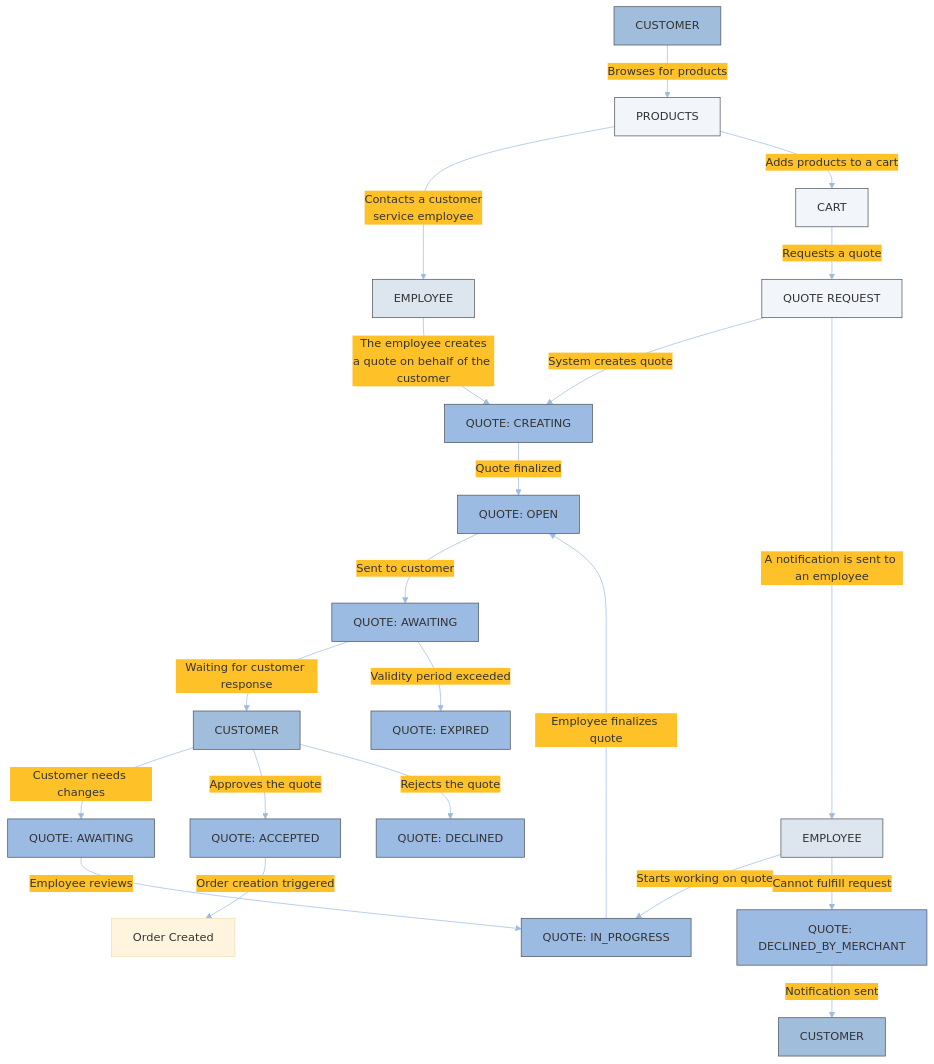
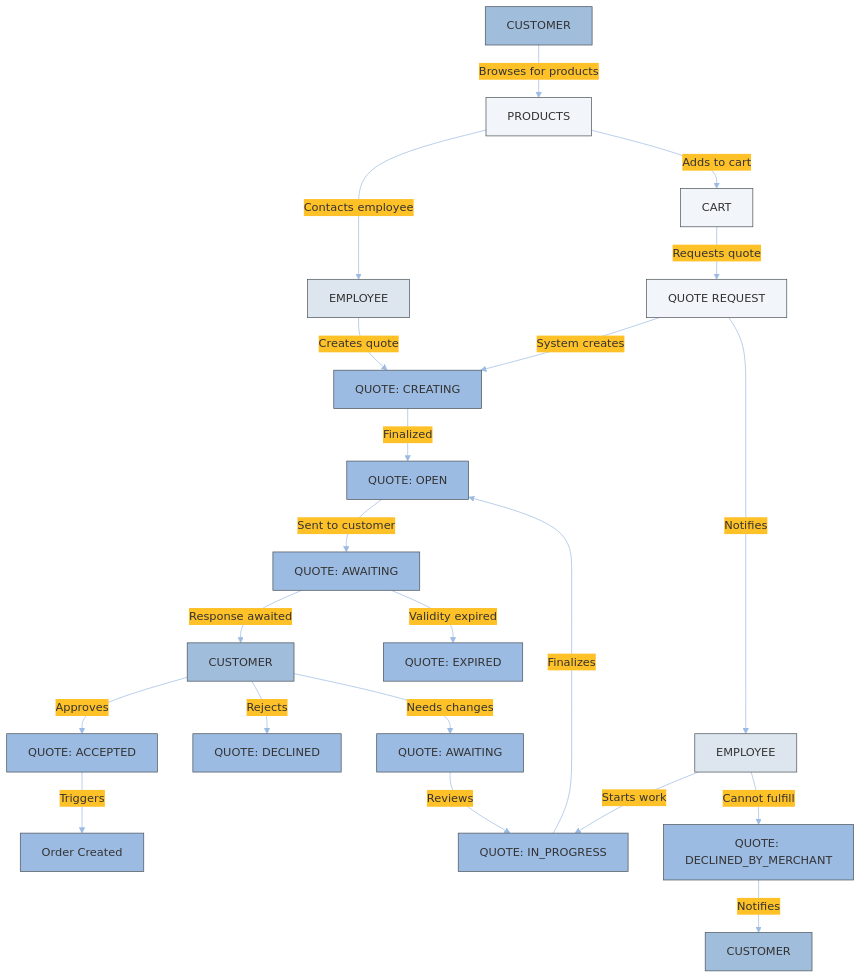
The diagram in quotes/quote/quote.md (emporix/api-references), drawn with Mermaid before and after one commit. The commit also changed other lines of this file, not shown here.

````diff
--- a/quotes/quote/quote.md
+++ b/quotes/quote/quote.md
@@ -151,74 +151,70 @@
 ```mermaid
 ---
 config:
   layout: fixed
   theme: base
   look: classic
   themeVariables:
     background: transparent
     lineColor: "#9CBBE3"
     arrowheadColor: "#9CBBE3"
     edgeLabelBackground: "#FFC128" 
     edgeLabelTextColor: "#4C5359"
     actorBorder: '#4C5359'
 ---
 graph TD
     CUSTOMER1[CUSTOMER] 
     PRODUCTS[PRODUCTS]
-    EMPLOYEE1[EMPLOYEE]
-    CART[CART]
-    QUOTE_REQUEST[QUOTE REQUEST]
-    EMPLOYEE2[EMPLOYEE]
-    CUSTOMER2[CUSTOMER]
-    CUSTOMER3[CUSTOMER]
     
     CUSTOMER1 -->|Browses for products| PRODUCTS
-    PRODUCTS -->|Contacts a customer<br/>service employee| EMPLOYEE1
-    PRODUCTS -->|Adds products to a cart| CART
     
-    EMPLOYEE1 -->|The employee creates<br/>a quote on behalf of the customer| CREATING[QUOTE: CREATING]
-    CREATING -->|Quote finalized| OPEN[QUOTE: OPEN]
+    PRODUCTS -->|Contacts employee| EMPLOYEE1[EMPLOYEE]
+    PRODUCTS -->|Adds to cart| CART[CART]
     
-    CART -->|Requests a quote| QUOTE_REQUEST
-    QUOTE_REQUEST -->|System creates quote| CREATING
+    EMPLOYEE1 -->|Creates quote| CREATING[QUOTE: CREATING]
+    CART -->|Requests quote| QUOTE_REQUEST[QUOTE REQUEST]
     
-    QUOTE_REQUEST -->|A notification is sent to an employee| EMPLOYEE2
+    QUOTE_REQUEST -->|System creates| CREATING
+    QUOTE_REQUEST -->|Notifies| EMPLOYEE2[EMPLOYEE]
     
-    EMPLOYEE2 -->|Starts working on quote| IN_PROGRESS[QUOTE: IN_PROGRESS]
-    IN_PROGRESS -->|Employee finalizes quote| OPEN
+    CREATING -->|Finalized| OPEN[QUOTE: OPEN]
+    EMPLOYEE2 -->|Starts work| IN_PROGRESS[QUOTE: IN_PROGRESS]
     
-    EMPLOYEE2 -->|Cannot fulfill request| DECLINED_MERCHANT[QUOTE: DECLINED_BY_MERCHANT]
-    DECLINED_MERCHANT -->|Notification sent| CUSTOMER3
+    IN_PROGRESS -->|Finalizes| OPEN
+    EMPLOYEE2 -->|Cannot fulfill| DECLINED_MERCHANT[QUOTE: DECLINED_BY_MERCHANT]
+    
+    DECLINED_MERCHANT -->|Notifies| CUSTOMER3[CUSTOMER]
     
     OPEN -->|Sent to customer| AWAITING_CUSTOMER[QUOTE: AWAITING]
-    AWAITING_CUSTOMER -->|Waiting for customer response| CUSTOMER2
     
-    CUSTOMER2 -->|Customer needs changes| AWAITING_EMPLOYEE[QUOTE: AWAITING]
-    AWAITING_EMPLOYEE -->|Employee reviews| IN_PROGRESS
+    AWAITING_CUSTOMER -->|Response awaited| CUSTOMER2[CUSTOMER]
+    AWAITING_CUSTOMER -->|Validity expired| EXPIRED[QUOTE: EXPIRED]
     
-    CUSTOMER2 -->|Approves the quote| ACCEPTED[QUOTE: ACCEPTED]
-    CUSTOMER2 -->|Rejects the quote| DECLINED[QUOTE: DECLINED]
+    CUSTOMER2 -->|Approves| ACCEPTED[QUOTE: ACCEPTED]
+    CUSTOMER2 -->|Rejects| DECLINED[QUOTE: DECLINED]
+    CUSTOMER2 -->|Needs changes| AWAITING_EMPLOYEE[QUOTE: AWAITING]
     
-    AWAITING_CUSTOMER -->|Validity period exceeded| EXPIRED[QUOTE: EXPIRED]
+    AWAITING_EMPLOYEE -->|Reviews| IN_PROGRESS
     
-    ACCEPTED -->|Order creation triggered| ORDER[Order Created]
+    ACCEPTED -->|Triggers| ORDER[Order Created]
     
     style CREATING fill:#9CBBE3, stroke:#4C5359
     style OPEN fill:#9CBBE3, stroke:#4C5359
     style AWAITING_CUSTOMER fill:#9CBBE3, stroke:#4C5359
     style AWAITING_EMPLOYEE fill:#9CBBE3, stroke:#4C5359
     style IN_PROGRESS fill:#9CBBE3, stroke:#4C5359
     style ACCEPTED fill:#9CBBE3, stroke:#4C5359
     style DECLINED fill:#9CBBE3, stroke:#4C5359
     style DECLINED_MERCHANT fill:#9CBBE3, stroke:#4C5359
     style EXPIRED fill:#9CBBE3, stroke:#4C5359
 
     style CUSTOMER1 fill:#A1BDDC, stroke:#4C5359
     style CUSTOMER2 fill:#A1BDDC, stroke:#4C5359
     style CUSTOMER3 fill:#A1BDDC, stroke:#4C5359
     style EMPLOYEE1 fill:#DDE6EE, stroke:#4C5359
     style EMPLOYEE2 fill:#DDE6EE, stroke:#4C5359
     style CART fill:#F2F6FA, stroke:#4C5359
     style PRODUCTS fill:#F2F6FA, stroke:#4C5359
     style QUOTE_REQUEST fill:#F2F6FA, stroke:#4C5359
+    style ORDER fill:#9CBBE3, stroke:#4C5359
 ```
````
